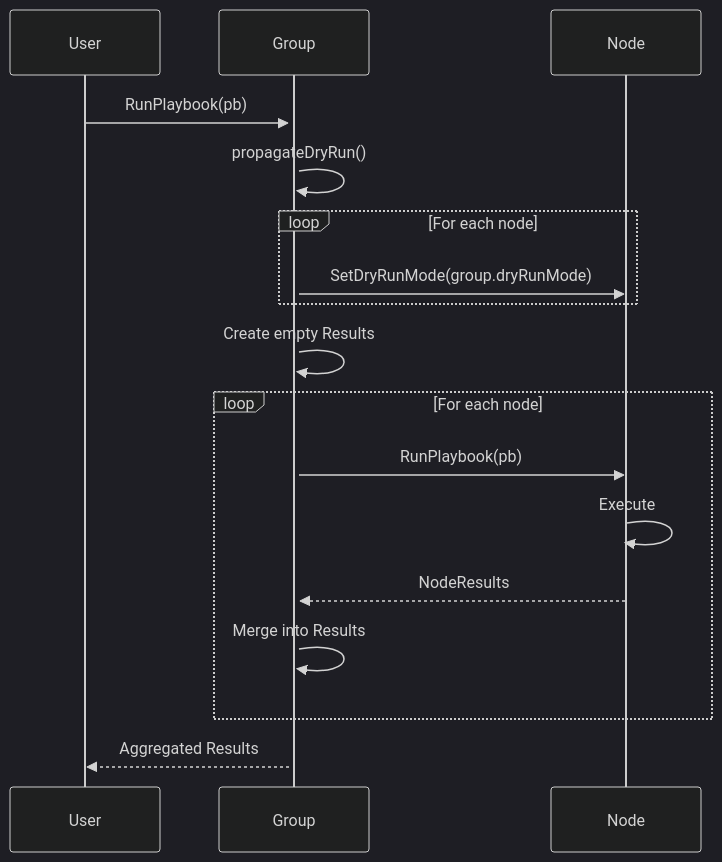
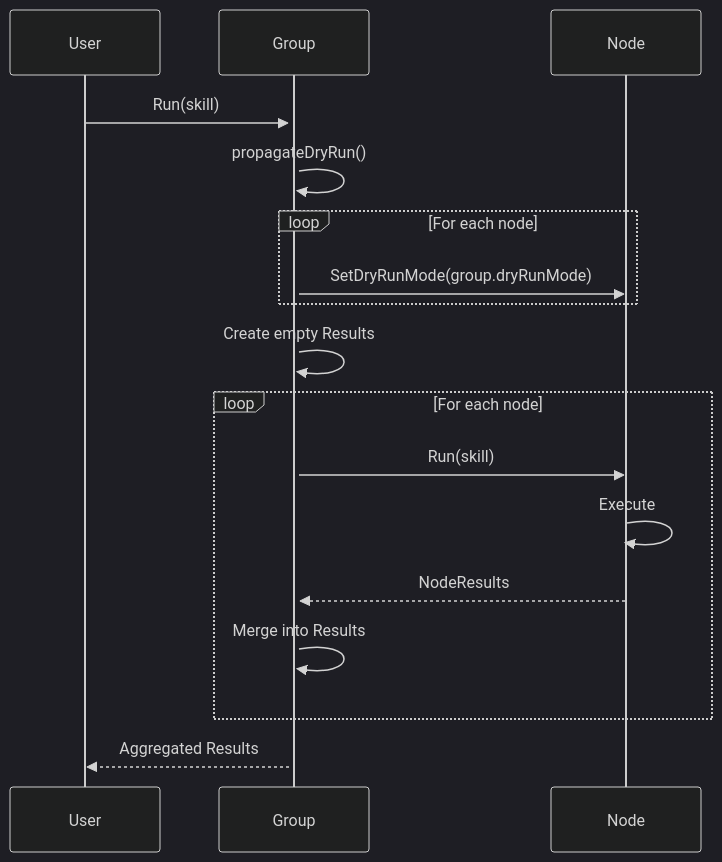
The seventh of 14 diagrams in docs/livewiki/data_flow.md (dracory/ork), drawn with Mermaid (dark theme) before and after one commit. The commit also changed other lines of this file and 4 other files, not shown here.

````diff
--- a/docs/livewiki/data_flow.md
+++ b/docs/livewiki/data_flow.md
@@ -182,20 +186,20 @@
 ```mermaid
 sequenceDiagram
-    User->>+Group: RunPlaybook(pb)
+    User->>+Group: Run(skill)
     
     Group->>Group: propagateDryRun()
     loop For each node
         Group->>Node: SetDryRunMode(group.dryRunMode)
     end
     
     Group->>Group: Create empty Results
     
     loop For each node
-        Group->>Node: RunPlaybook(pb)
+        Group->>Node: Run(skill)
         Node->>Node: Execute
         Node-->>Group: NodeResults
         Group->>Group: Merge into Results
     end
     
     Group-->>User: Aggregated Results
 ```
````
